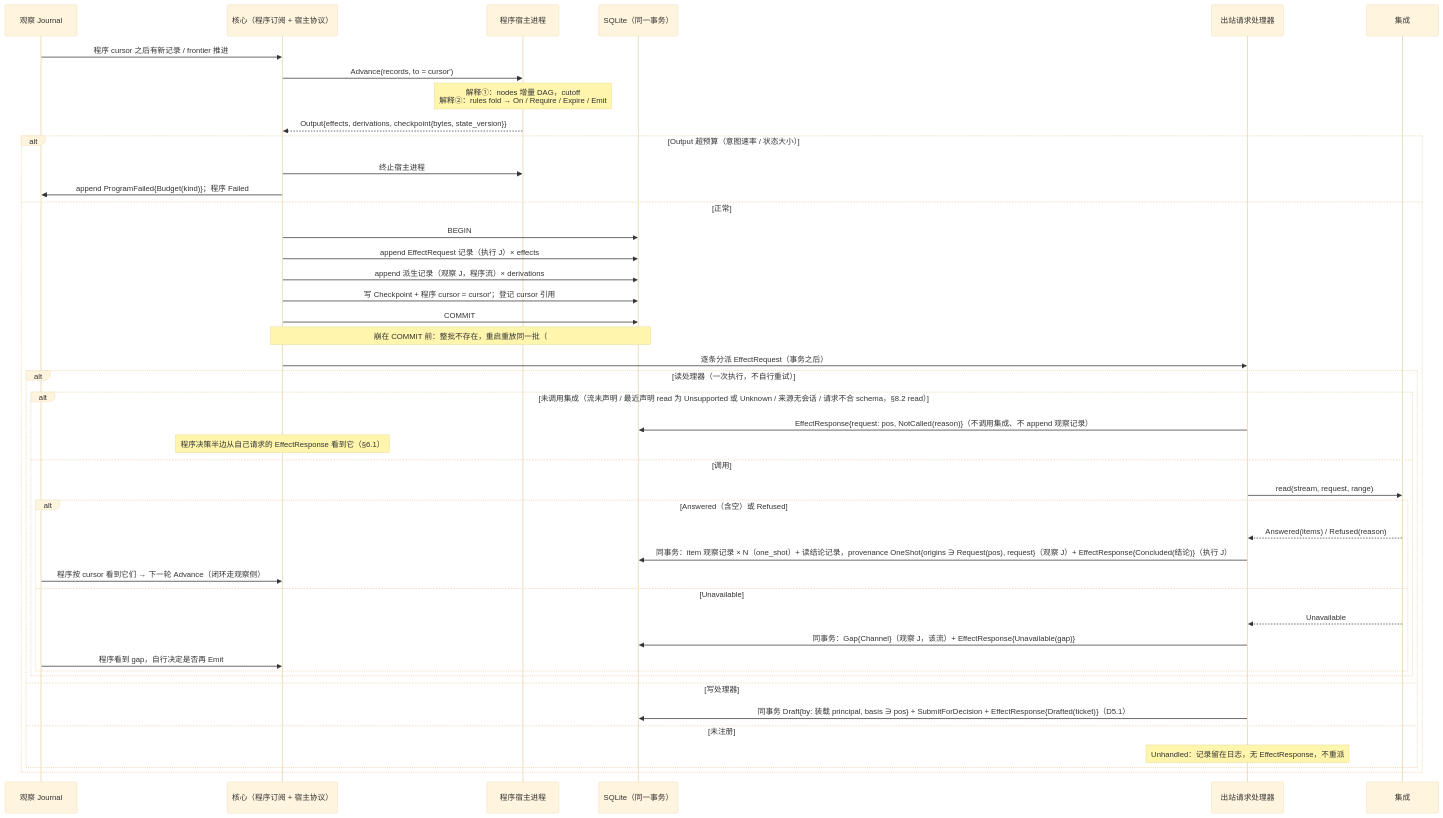
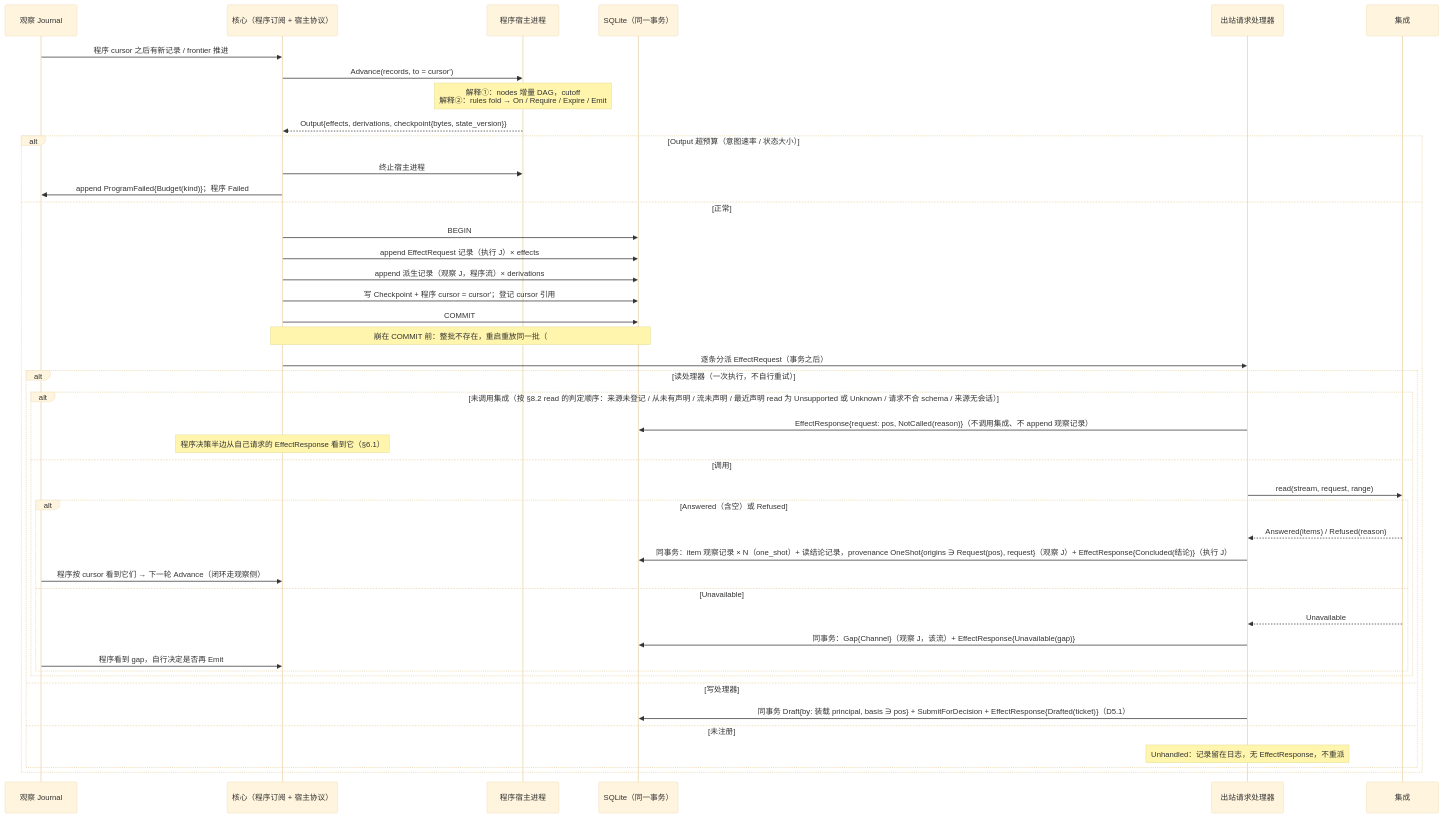
The first of 3 diagrams in design/diagrams/04-program-host.md (mouriya-s-lab/uta), drawn with Mermaid (base theme) before and after one commit. The commit also changed other lines of this file and 19 other files, not shown here.

Commit message:
design: integrate contract clusters — one-to-many receipt/reconciliation records with per-record attribution, read_model signatures per kind, unified not-called read outcomes, observation-record wording across diagrams, reference and glossary alignment

````diff
--- a/design/diagrams/04-program-host.md
+++ b/design/diagrams/04-program-host.md
@@ -9,46 +9,46 @@
 ```mermaid
 sequenceDiagram
   participant J as 观察 Journal
   participant C as 核心（程序订阅 + 宿主协议）
   participant H as 程序宿主进程
   participant DB as SQLite（同一事务）
   participant O as 出站请求处理器
   participant I as 集成
   J->>C: 程序 cursor 之后有新记录 / frontier 推进
   C->>H: Advance(records, to = cursor')
   Note over H: 解释①：nodes 增量 DAG，cutoff<br/>解释②：rules fold → On / Require / Expire / Emit
   H-->>C: Output{effects, derivations, checkpoint{bytes, state_version}}
   alt Output 超预算（意图速率 / 状态大小）
     C->>H: 终止宿主进程
     C->>J: append ProgramFailed{Budget(kind)}；程序 Failed
   else 正常
     C->>DB: BEGIN
     C->>DB: append EffectRequest 记录（执行 J）× effects
     C->>DB: append 派生记录（观察 J，程序流）× derivations
     C->>DB: 写 Checkpoint + 程序 cursor = cursor'；登记 cursor 引用
     C->>DB: COMMIT
     Note over C,DB: 崩在 COMMIT 前：整批不存在，重启重放同一批（#16）
     C->>O: 逐条分派 EffectRequest（事务之后）
     alt 读处理器（一次执行，不自行重试）
-      alt 未调用集成（流未声明 / 最近声明 read 为 Unsupported 或 Unknown / 来源无会话 / 请求不合 schema，§8.2 read）
+      alt 未调用集成（按 §8.2 read 的判定顺序：来源未登记 / 从未有声明 / 流未声明 / 最近声明 read 为 Unsupported 或 Unknown / 请求不合 schema / 来源无会话）
         O->>DB: EffectResponse{request: pos, NotCalled(reason)}（不调用集成、不 append 观察记录）
         Note over C: 程序决策半边从自己请求的 EffectResponse 看到它（§6.1）
       else 调用
         O->>I: read(stream, request, range)
         alt Answered（含空）或 Refused
           I-->>O: Answered(items) / Refused(reason)
           O->>DB: 同事务：item 观察记录 × N（one_shot）+ 读结论记录，provenance OneShot{origins ∋ Request(pos), request}（观察 J）+ EffectResponse{Concluded(结论)}（执行 J）
           J->>C: 程序按 cursor 看到它们 → 下一轮 Advance（闭环走观察侧）
         else Unavailable
           I-->>O: Unavailable
           O->>DB: 同事务：Gap{Channel}（观察 J，该流）+ EffectResponse{Unavailable(gap)}
           J->>C: 程序看到 gap，自行决定是否再 Emit
         end
       end
     else 写处理器
       O->>DB: 同事务 Draft{by: 装载 principal, basis ∋ pos} + SubmitForDecision + EffectResponse{Drafted(ticket)}（D5.1）
     else 未注册
       Note over O: Unhandled：记录留在日志，无 EffectResponse，不重派
     end
   end
 ```
````
